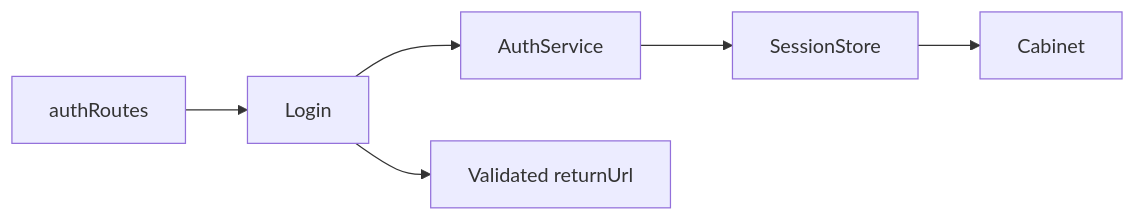
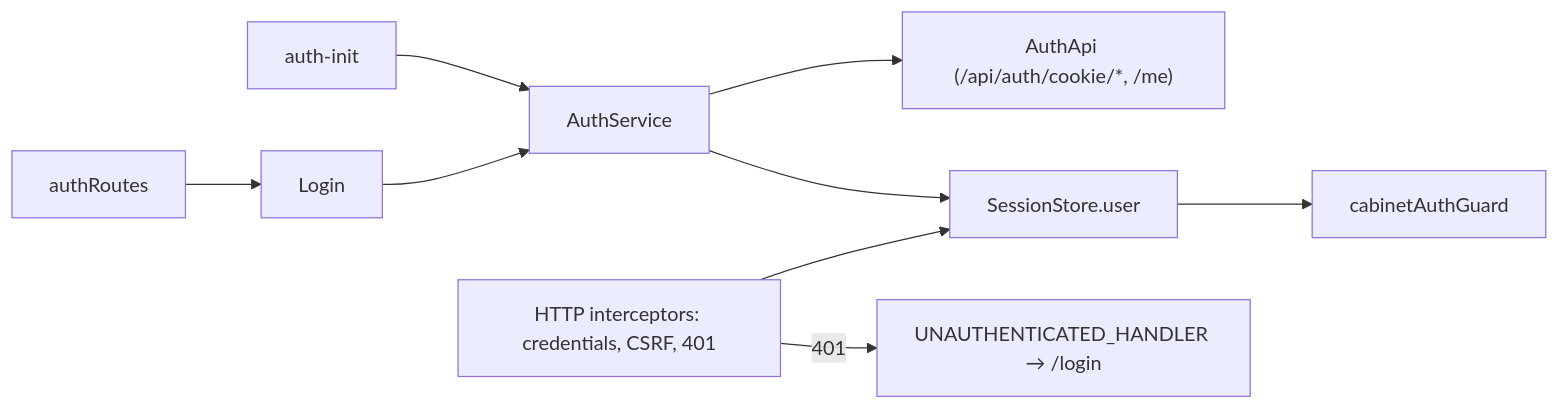
Before and after one commit to Weretik/kedr-web: the diagram in docs/features/storefront/account/auth.md, drawn with Mermaid. The commit also changed other lines of this file and 154 other files, not shown here.

````diff
--- a/docs/features/storefront/account/auth.md
+++ b/docs/features/storefront/account/auth.md
@@ -10,8 +12,10 @@
 ```mermaid
 flowchart LR
-Route["authRoutes"] --> Login["Login"]
-Login --> Service["AuthService"]
-Service --> Session["SessionStore"]
-Session --> Cabinet["Cabinet"]
-Login --> Return["Validated returnUrl"]
+Init["auth-init"] --> Service["AuthService"]
+Route["authRoutes"] --> Login["Login"] --> Service
+Service --> Api["AuthApi (/api/auth/cookie/*, /me)"]
+Service --> Session["SessionStore.user"]
+Session --> Cabinet["cabinetAuthGuard"]
+Http["HTTP interceptors: credentials, CSRF, 401"] --> Session
+Http -->|401| Handler["UNAUTHENTICATED_HANDLER → /login"]
 ```
````
